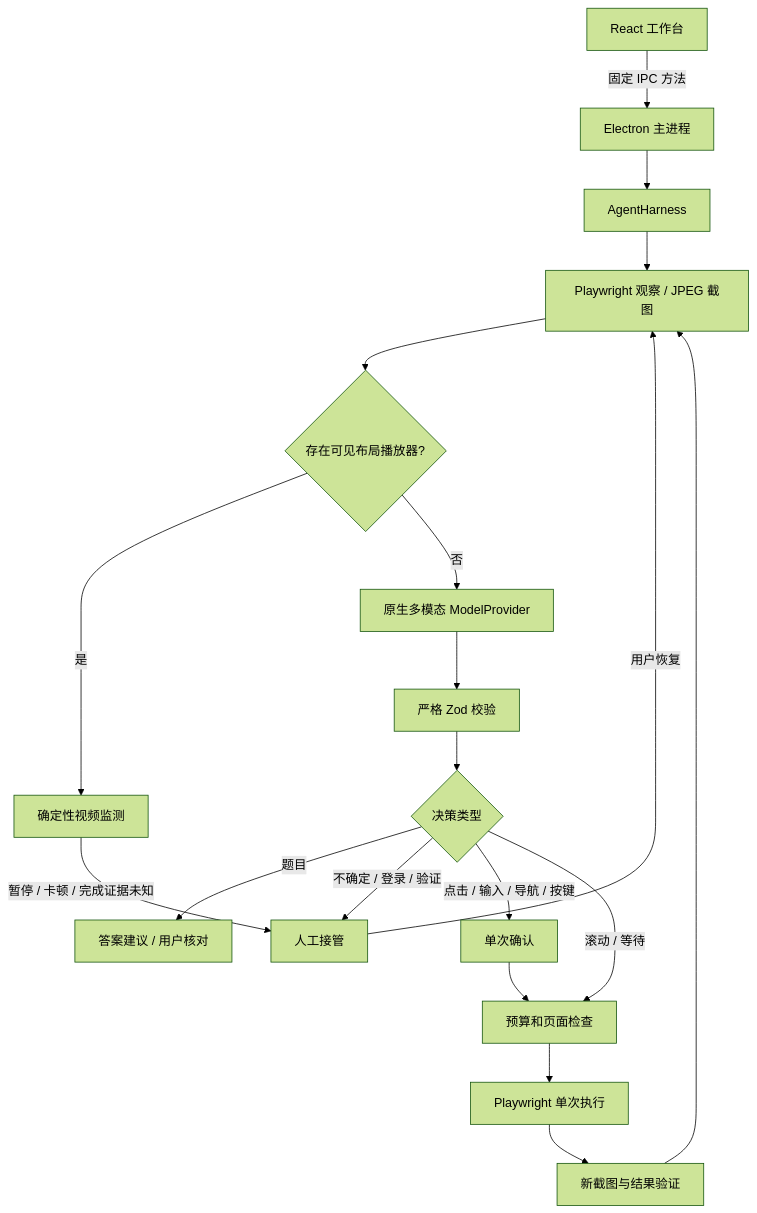
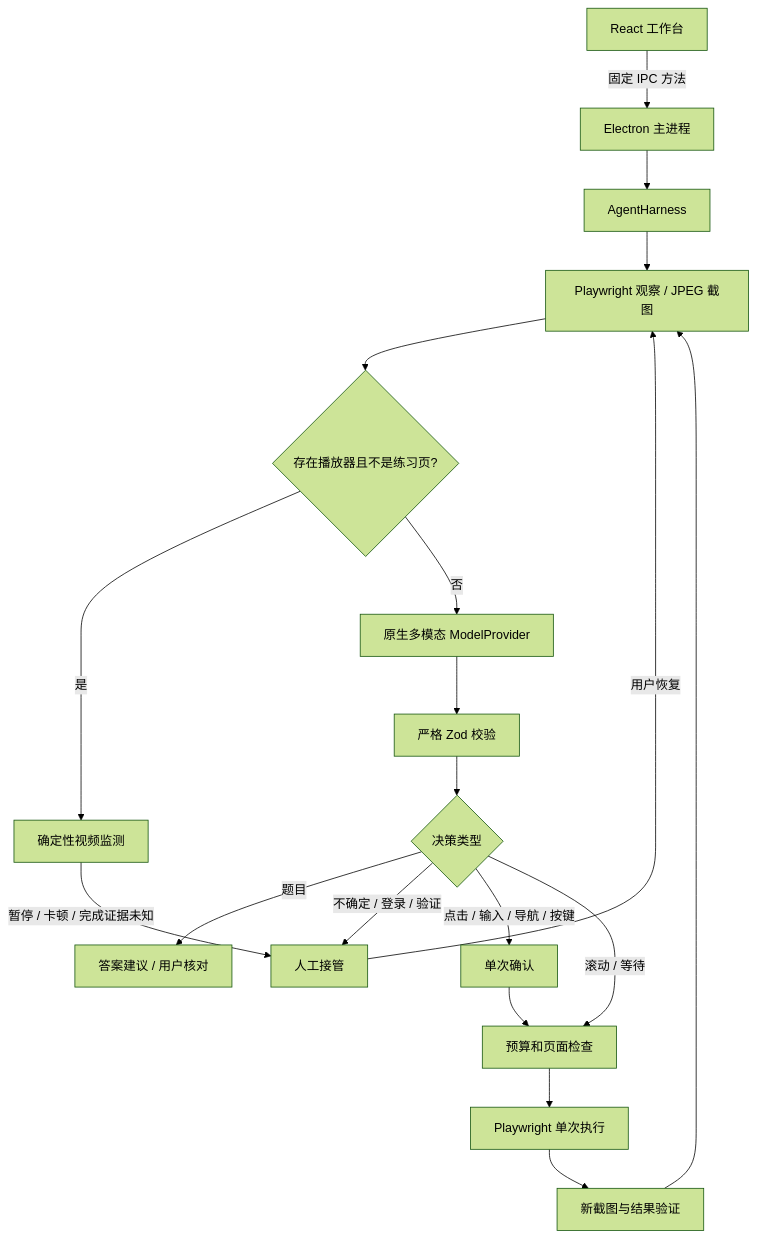
The diagram in docs/ARCHITECTURE.md (Yosyoo/Study-Agent), drawn with Mermaid (forest theme) before and after one commit. The commit also changed other lines of this file and 24 other files, not shown here.

````diff
--- a/docs/ARCHITECTURE.md
+++ b/docs/ARCHITECTURE.md
@@ -7,21 +7,21 @@
 ```mermaid
 flowchart TD
     U[React 工作台] -->|固定 IPC 方法| I[Electron 主进程]
     I --> H[AgentHarness]
     H --> O[Playwright 观察 / JPEG 截图]
-    O --> V{存在可见布局播放器?}
+    O --> V{存在播放器且不是练习页?}
     V -->|是| M[确定性视频监测]
     V -->|否| P[原生多模态 ModelProvider]
     P --> Z[严格 Zod 校验]
     Z --> Q{决策类型}
     Q -->|题目| A[答案建议 / 用户核对]
     Q -->|不确定 / 登录 / 验证| X[人工接管]
     Q -->|点击 / 输入 / 导航 / 按键| C[单次确认]
     Q -->|滚动 / 等待| G[预算和页面检查]
     C --> G
     G --> B[Playwright 单次执行]
     B --> R[新截图与结果验证]
     R --> O
     M -->|暂停 / 卡顿 / 完成证据未知| X
     X -->|用户恢复| O
 ```
````
